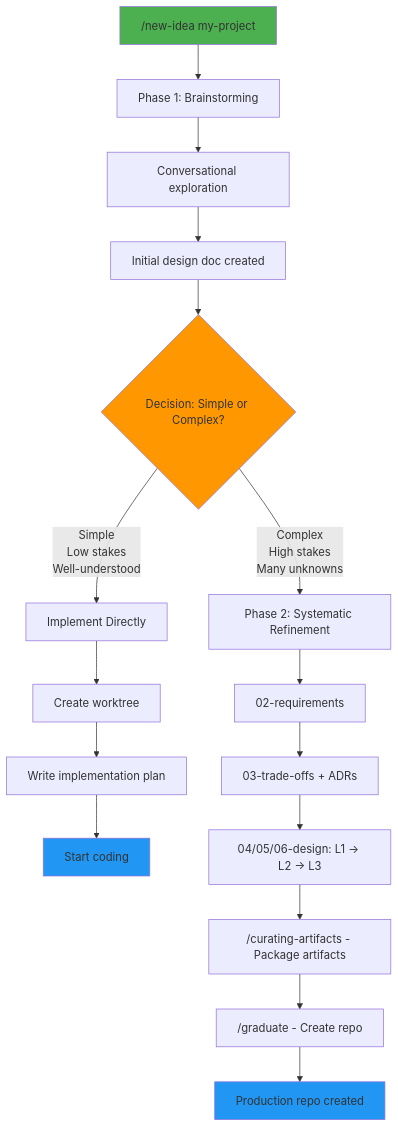
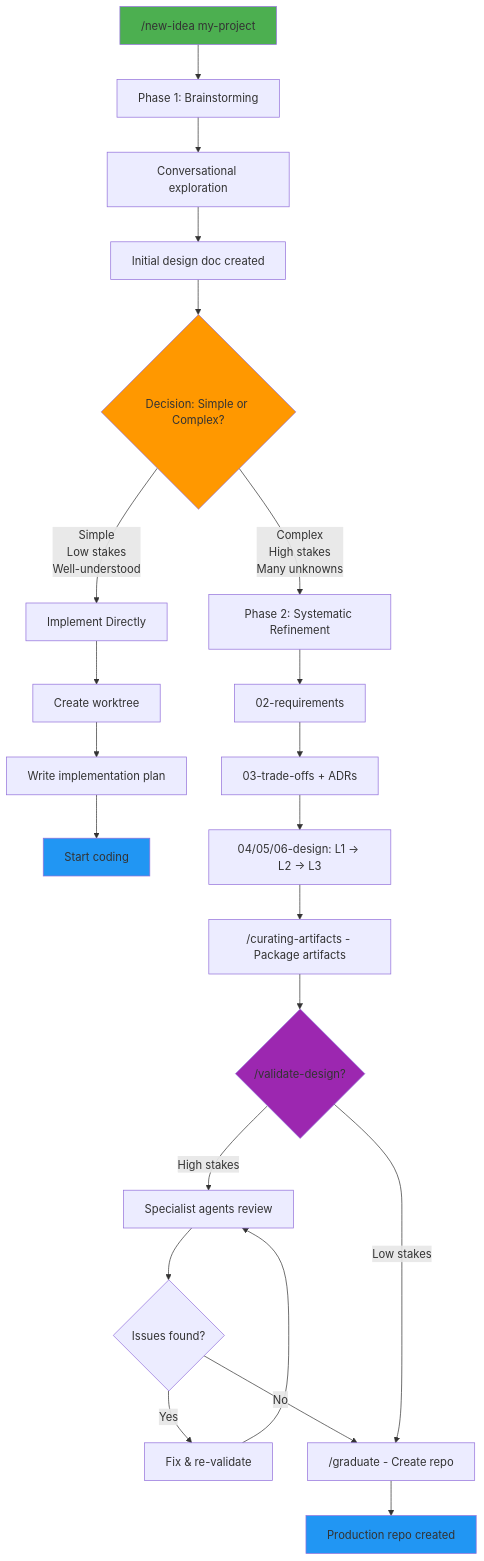
One commit to shakilbd009/ai-refinery changed the diagram in claude.md. Above: the diagram before and after it, drawn with Mermaid. The commit also changed other lines of this file and 44 other files, not shown here.

First line of the commit message:
Add validate-design skill with specialist validators

````diff
--- a/claude.md
+++ b/claude.md
@@ -63,25 +64,32 @@
 ```mermaid
 graph TD
     A["/new-idea my-project"] --> B["Phase 1: Brainstorming"]
     B --> C["Conversational exploration"]
     C --> D["Initial design doc created"]
     D --> E{"Decision: Simple or Complex?"}
 
     E -->|"Simple<br/>Low stakes<br/>Well-understood"| F["Implement Directly"]
     F --> G["Create worktree"]
     G --> H["Write implementation plan"]
     H --> I["Start coding"]
 
     E -->|"Complex<br/>High stakes<br/>Many unknowns"| J["Phase 2: Systematic Refinement"]
     J --> K["02-requirements"]
     K --> L["03-trade-offs + ADRs"]
     L --> M["04/05/06-design: L1 → L2 → L3"]
     M --> N["/curating-artifacts - Package artifacts"]
-    N --> O["/graduate - Create repo"]
+    N --> Q{"/validate-design?"}
+    Q -->|"High stakes"| R["Specialist agents review"]
+    R --> S{"Issues found?"}
+    S -->|"Yes"| T["Fix & re-validate"]
+    T --> R
+    S -->|"No"| O
+    Q -->|"Low stakes"| O["/graduate - Create repo"]
     O --> P["Production repo created"]
 
     style A fill:#4CAF50
     style E fill:#FF9800
+    style Q fill:#9C27B0
     style I fill:#2196F3
     style P fill:#2196F3
 ```
````
